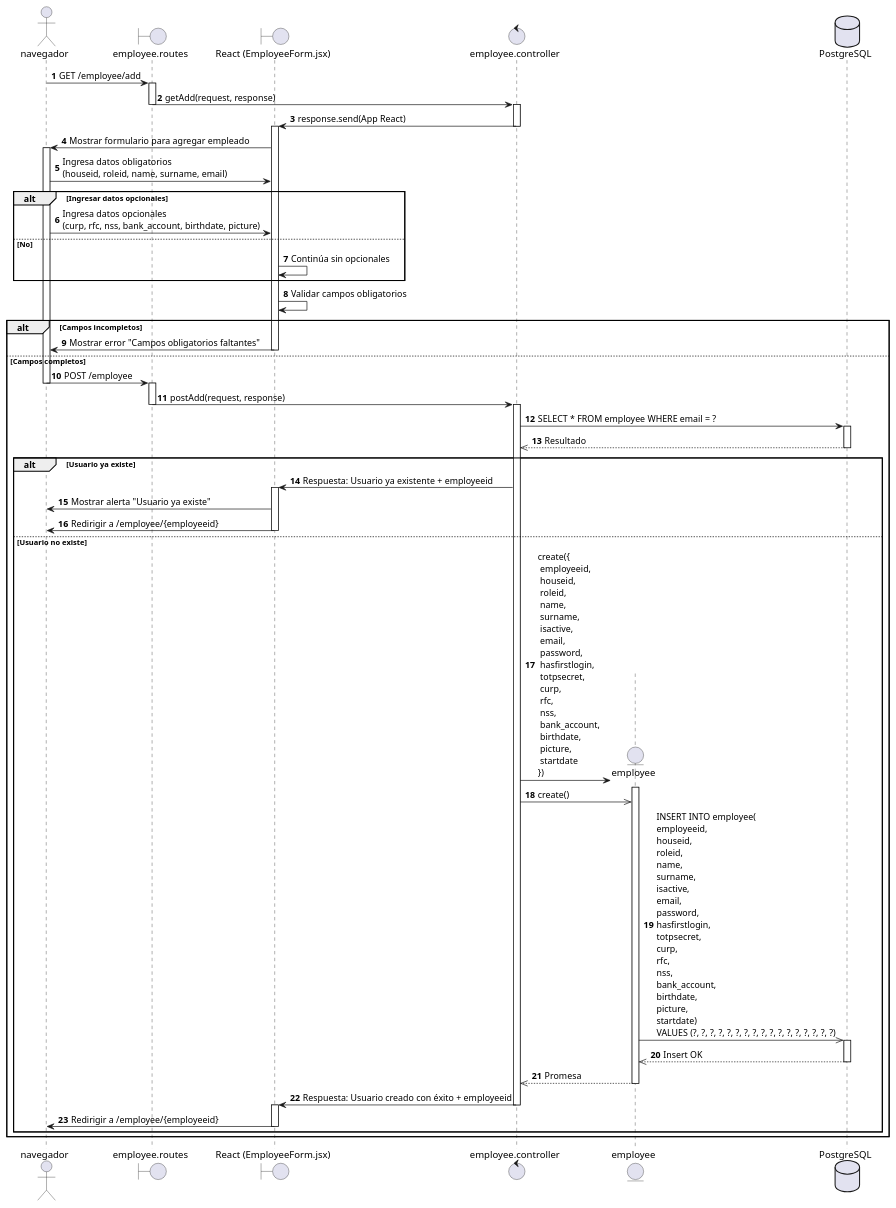
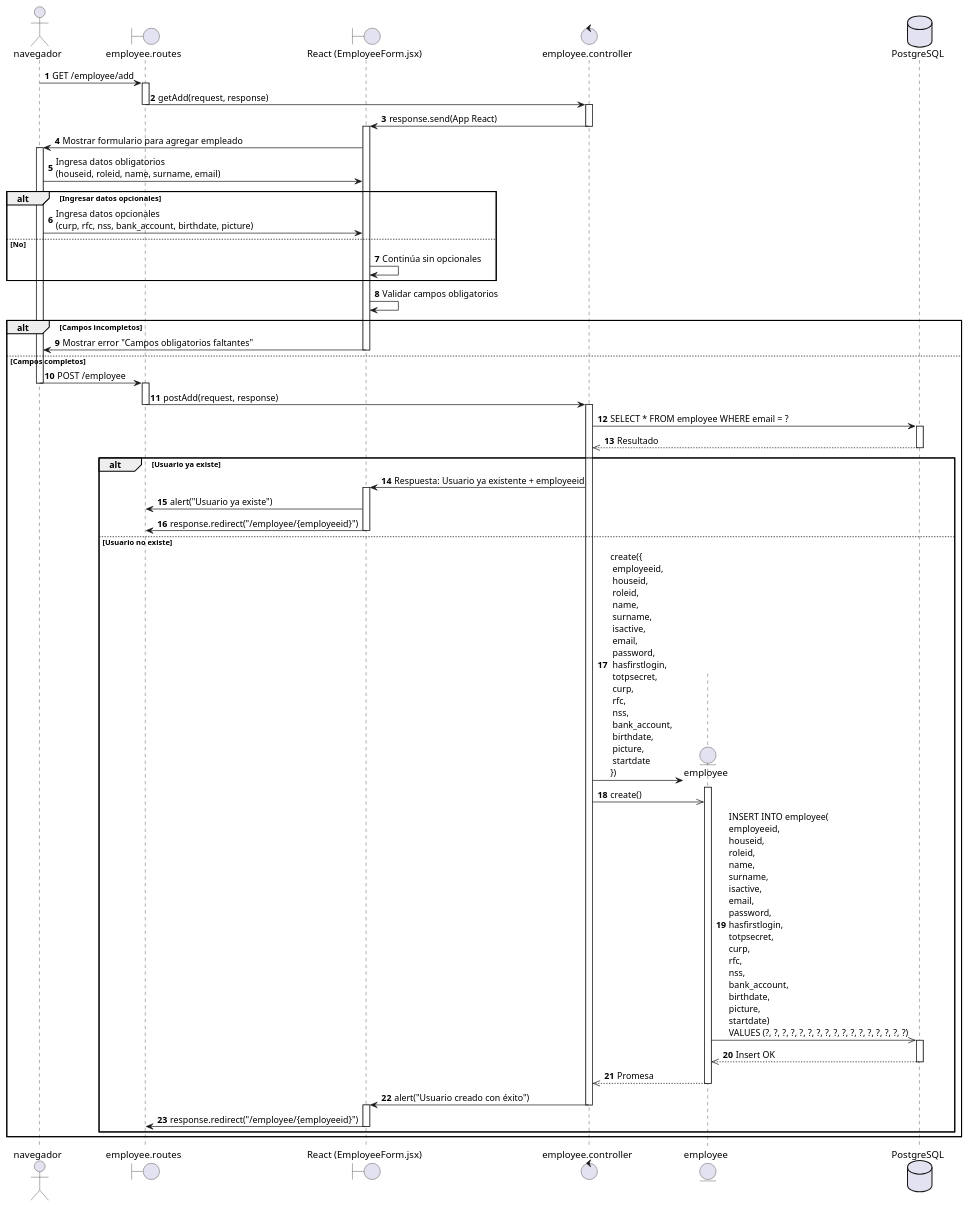
The diagram in diagrams/Sequence diagram/HU01.puml (AztlanConsulting/RCHQ-Back), drawn with PlantUML before and after one commit.

Commit message:
Fix: Minor change in the sequence diagram of the HU01

```diff
--- a/diagrams/Sequence diagram/HU01.puml
+++ b/diagrams/Sequence diagram/HU01.puml
@@ -1,89 +1,89 @@
 @startuml HU01 - Administrador registra empleado
 
 actor navegador
 boundary employee.routes
 boundary "React (EmployeeForm.jsx)" as ReactView
 control employee.controller
 entity employee
 database PostgreSQL
 
 autonumber
 
 navegador -> employee.routes : GET /employee/add
 activate employee.routes
 
 employee.routes -> employee.controller: getAdd(request, response)
 deactivate employee.routes
 activate employee.controller
 
 employee.controller -> ReactView: response.send(App React)
 deactivate employee.controller
 activate ReactView
 
 ReactView -> navegador : Mostrar formulario para agregar empleado
 activate navegador
 
 navegador -> ReactView : Ingresa datos obligatorios\n(houseid, roleid, name, surname, email)
 
 alt Ingresar datos opcionales
     navegador -> ReactView : Ingresa datos opcionales\n(curp, rfc, nss, bank_account, birthdate, picture)
 else No
     ReactView -> ReactView : Continúa sin opcionales
 end
 
 ReactView -> ReactView : Validar campos obligatorios
 
 alt Campos incompletos
     ReactView -> navegador : Mostrar error "Campos obligatorios faltantes"
     deactivate ReactView
 else Campos completos
 
     navegador -> employee.routes : POST /employee
     deactivate navegador
     activate employee.routes
 
     employee.routes -> employee.controller : postAdd(request, response)
     deactivate employee.routes
     activate employee.controller
 
     employee.controller -> PostgreSQL : SELECT * FROM employee WHERE email = ?
     activate PostgreSQL
     PostgreSQL -->> employee.controller : Resultado
     deactivate PostgreSQL
 
     alt Usuario ya existe
         employee.controller -> ReactView : Respuesta: Usuario ya existente + employeeid
         activate ReactView
 
-        ReactView -> navegador : Mostrar alerta "Usuario ya existe"
-        ReactView -> navegador : Redirigir a /employee/{employeeid}
+        ReactView -> employee.routes : alert("Usuario ya existe")
+        ReactView -> employee.routes : response.redirect("/employee/{employeeid}")
         deactivate ReactView
         
     else Usuario no existe
         
         create employee
         employee.controller -> employee : create({\n employeeid,\n houseid,\n roleid,\n name,\n surname,\n isactive,\n email,\n password,\n hasfirstlogin,\n totpsecret,\n curp,\n rfc,\n nss,\n bank_account,\n birthdate,\n picture,\n startdate\n})
         activate employee
 
         employee.controller ->> employee : create()
         
         employee ->> PostgreSQL : INSERT INTO employee(\nemployeeid,\nhouseid,\nroleid,\nname,\nsurname,\nisactive,\nemail,\npassword,\nhasfirstlogin,\ntotpsecret,\ncurp,\nrfc,\nnss,\nbank_account,\nbirthdate,\npicture,\nstartdate)\nVALUES (?, ?, ?, ?, ?, ?, ?, ?, ?, ?, ?, ?, ?, ?, ?, ?, ?)
 
         activate PostgreSQL
         PostgreSQL -->> employee : Insert OK
         deactivate PostgreSQL
 
         employee -->> employee.controller : Promesa
         deactivate employee
         
-        employee.controller -> ReactView : Respuesta: Usuario creado con éxito + employeeid
+        employee.controller -> ReactView : alert("Usuario creado con éxito")
         deactivate employee.controller
         activate ReactView
         
-        ReactView -> navegador : Redirigir a /employee/{employeeid}
+        ReactView -> employee.routes : response.redirect("/employee/{employeeid}")
         deactivate ReactView
 
     end
 end
 
 @enduml
```
